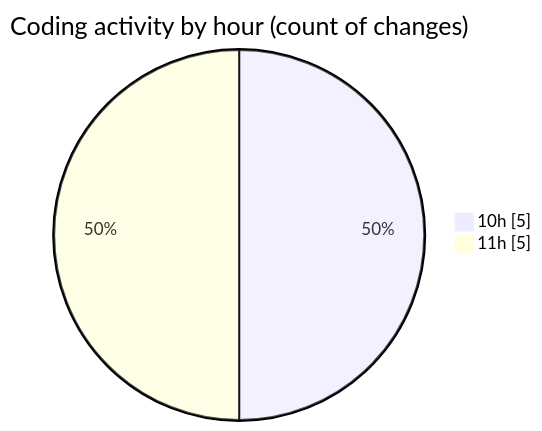
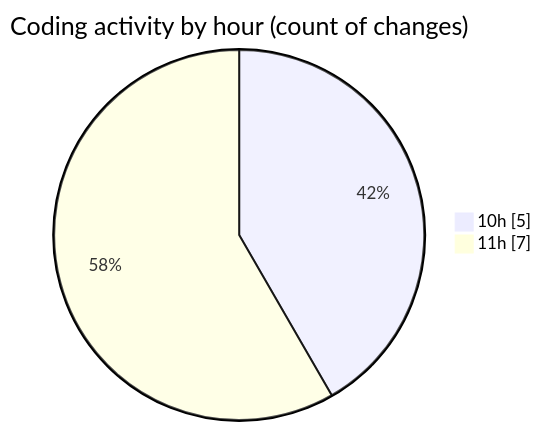
The second of 2 diagrams in 2025-01-24/web/README.md (LanceThiago/code-tracking), drawn with Mermaid before and after one commit. The commit also changed other lines of this file and 1 other file, not shown here.

````diff
--- a/2025-01-24/web/README.md
+++ b/2025-01-24/web/README.md
@@ -28,6 +28,6 @@
 ```mermaid
 pie showData
 title Coding activity by hour (count of changes)
 "10h" : 5
-"11h" : 5
+"11h" : 7
 ```
````
